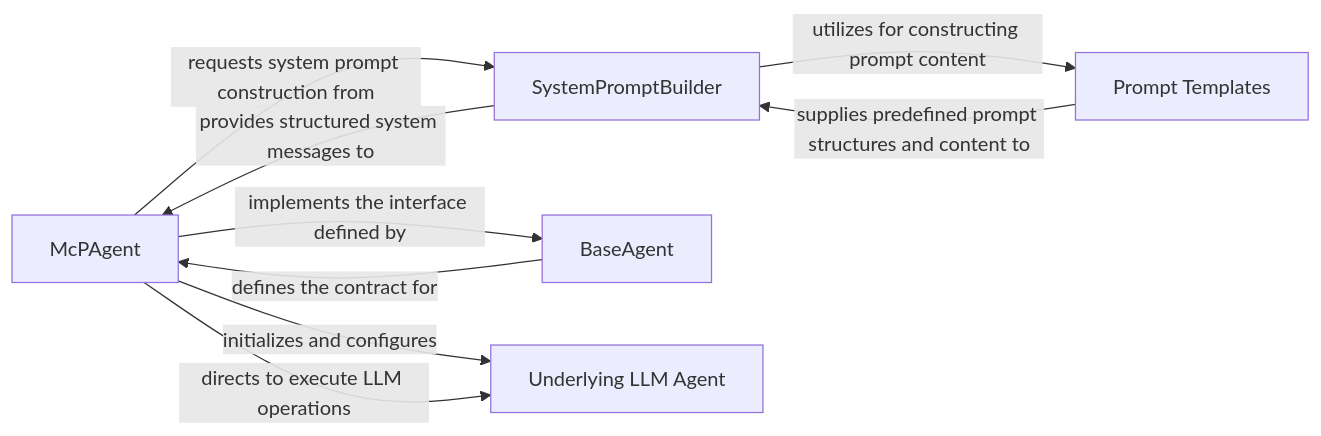
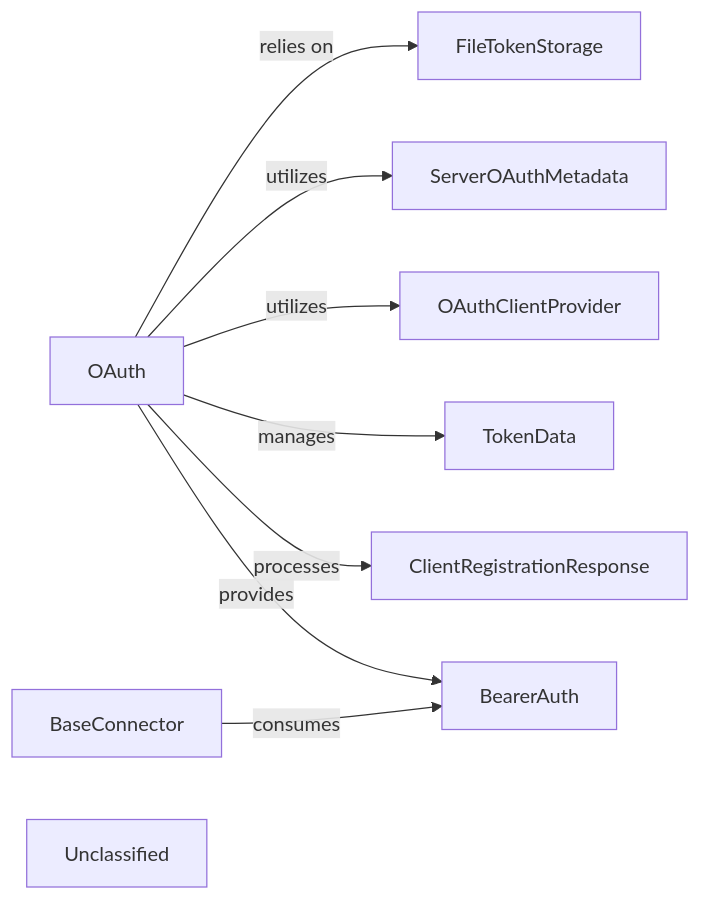
The first of 8 diagrams in docs/development/architecture.mdx (mcp-use/mcp-use), drawn with Mermaid before and after one commit. The commit also changed other lines of this file and 29 other files, not shown here.

First line of the commit message:
docs: update codeboarding documentation and generate architecture

````diff
--- a/docs/development/architecture.mdx
+++ b/docs/development/architecture.mdx
@@ -4,16 +4,19 @@
 ```mermaid
 graph LR
-    McPAgent["McPAgent"]
-    SystemPromptBuilder["SystemPromptBuilder"]
-    Prompt_Templates["Prompt Templates"]
-    BaseAgent["BaseAgent"]
-    Underlying_LLM_Agent["Underlying LLM Agent"]
-    McPAgent -- "requests system prompt construction from" --> SystemPromptBuilder
-    McPAgent -- "initializes and configures" --> Underlying_LLM_Agent
-    McPAgent -- "implements the interface defined by" --> BaseAgent
-    McPAgent -- "directs to execute LLM operations" --> Underlying_LLM_Agent
-    SystemPromptBuilder -- "provides structured system messages to" --> McPAgent
-    SystemPromptBuilder -- "utilizes for constructing prompt content" --> Prompt_Templates
-    Prompt_Templates -- "supplies predefined prompt structures and content to" --> SystemPromptBuilder
-    BaseAgent -- "defines the contract for" --> McPAgent
+    OAuth["OAuth"]
+    FileTokenStorage["FileTokenStorage"]
+    ServerOAuthMetadata["ServerOAuthMetadata"]
+    OAuthClientProvider["OAuthClientProvider"]
+    TokenData["TokenData"]
+    ClientRegistrationResponse["ClientRegistrationResponse"]
+    BearerAuth["BearerAuth"]
+    BaseConnector["BaseConnector"]
+    Unclassified["Unclassified"]
+    OAuth -- "relies on" --> FileTokenStorage
+    OAuth -- "utilizes" --> ServerOAuthMetadata
+    OAuth -- "utilizes" --> OAuthClientProvider
+    OAuth -- "manages" --> TokenData
+    OAuth -- "processes" --> ClientRegistrationResponse
+    OAuth -- "provides" --> BearerAuth
+    BaseConnector -- "consumes" --> BearerAuth
 ```
````
